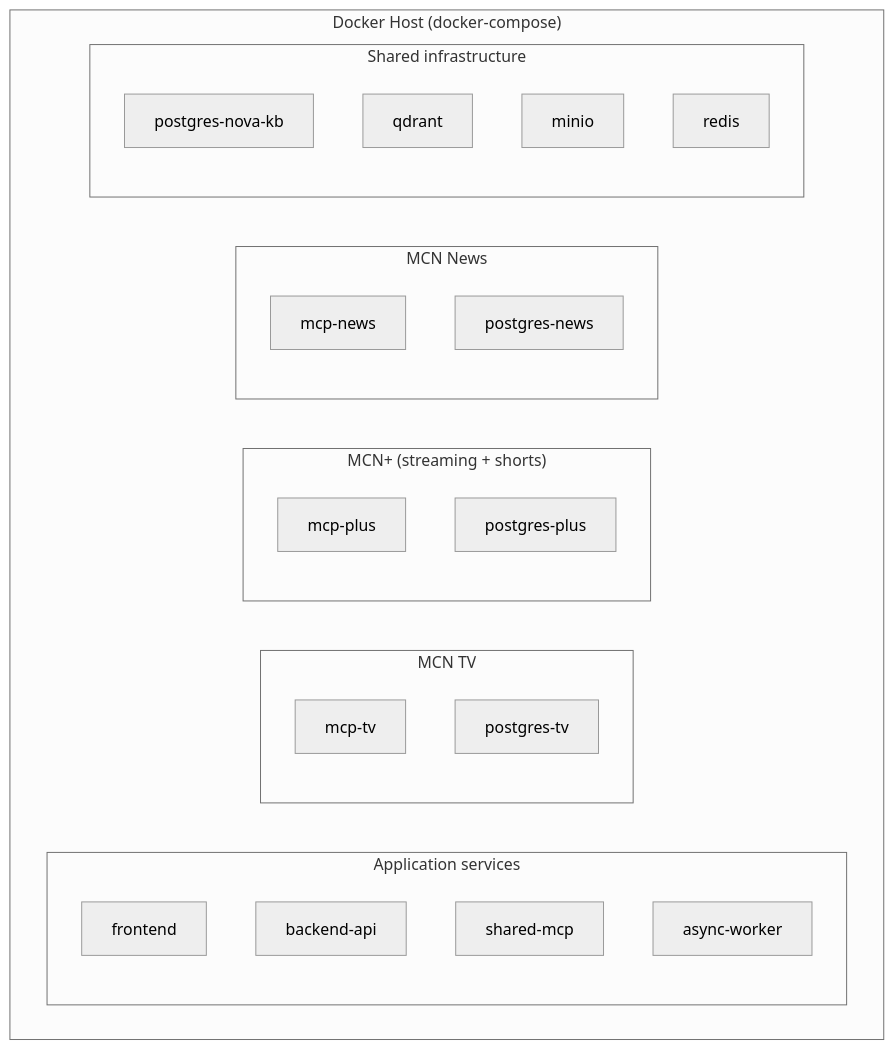
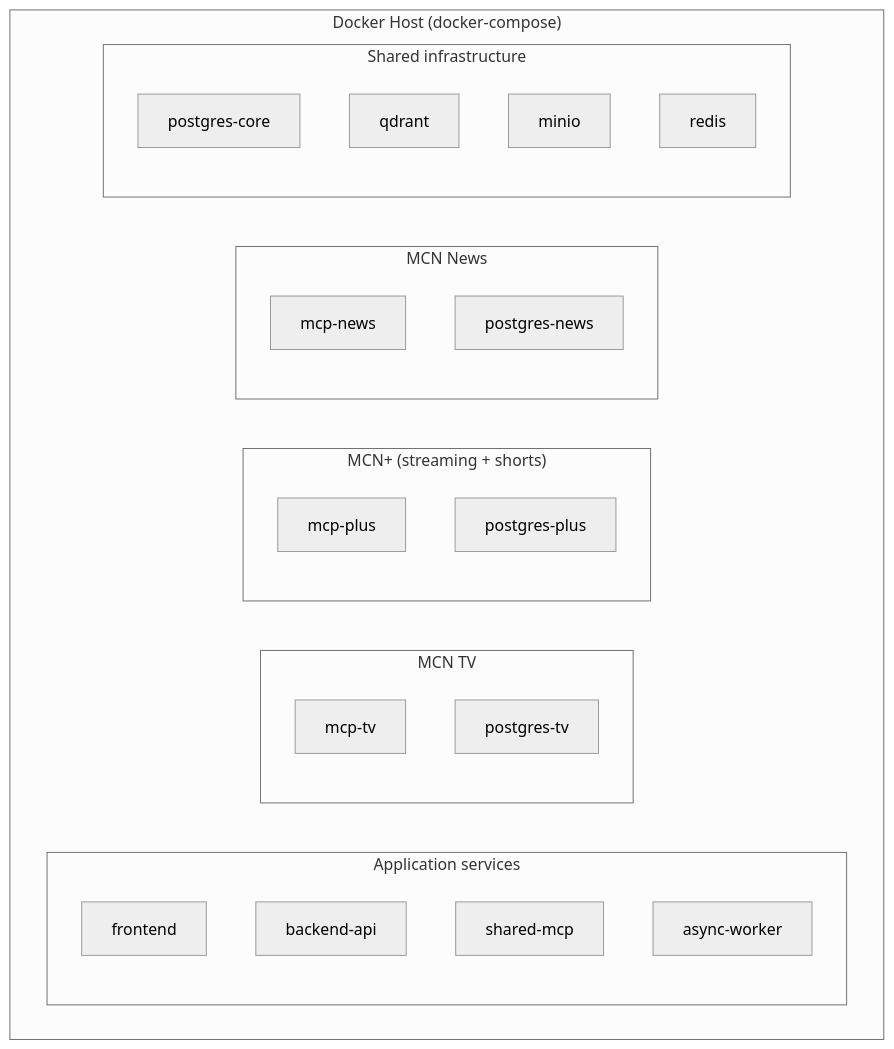
The ninth of 9 diagrams in documents/technical-design-document.md (maulairfani/nova), drawn with Mermaid (neutral theme) before and after one commit. The commit also changed other lines of this file and 22 other files, not shown here.

````diff
--- a/documents/technical-design-document.md
+++ b/documents/technical-design-document.md
@@ -577,31 +577,31 @@
 ```mermaid
 flowchart TB
     subgraph Host["Docker Host (docker-compose)"]
         subgraph App["Application services"]
             frontend["frontend"]
             backend["backend-api"]
             shared_mcp["shared-mcp"]
             worker["async-worker"]
         end
 
         subgraph TV["MCN TV"]
             mcp_tv["mcp-tv"]
             db_tv["postgres-tv"]
         end
         subgraph Plus["MCN+ (streaming + shorts)"]
             mcp_plus["mcp-plus"]
             db_plus["postgres-plus"]
         end
         subgraph News["MCN News"]
             mcp_news["mcp-news"]
             db_news["postgres-news"]
         end
 
         subgraph Shared["Shared infrastructure"]
-            nova_kb["postgres-nova-kb"]
+            nova_core["postgres-core"]
             qdrant["qdrant"]
             minio["minio"]
             redis["redis"]
         end
     end
 ```
````
